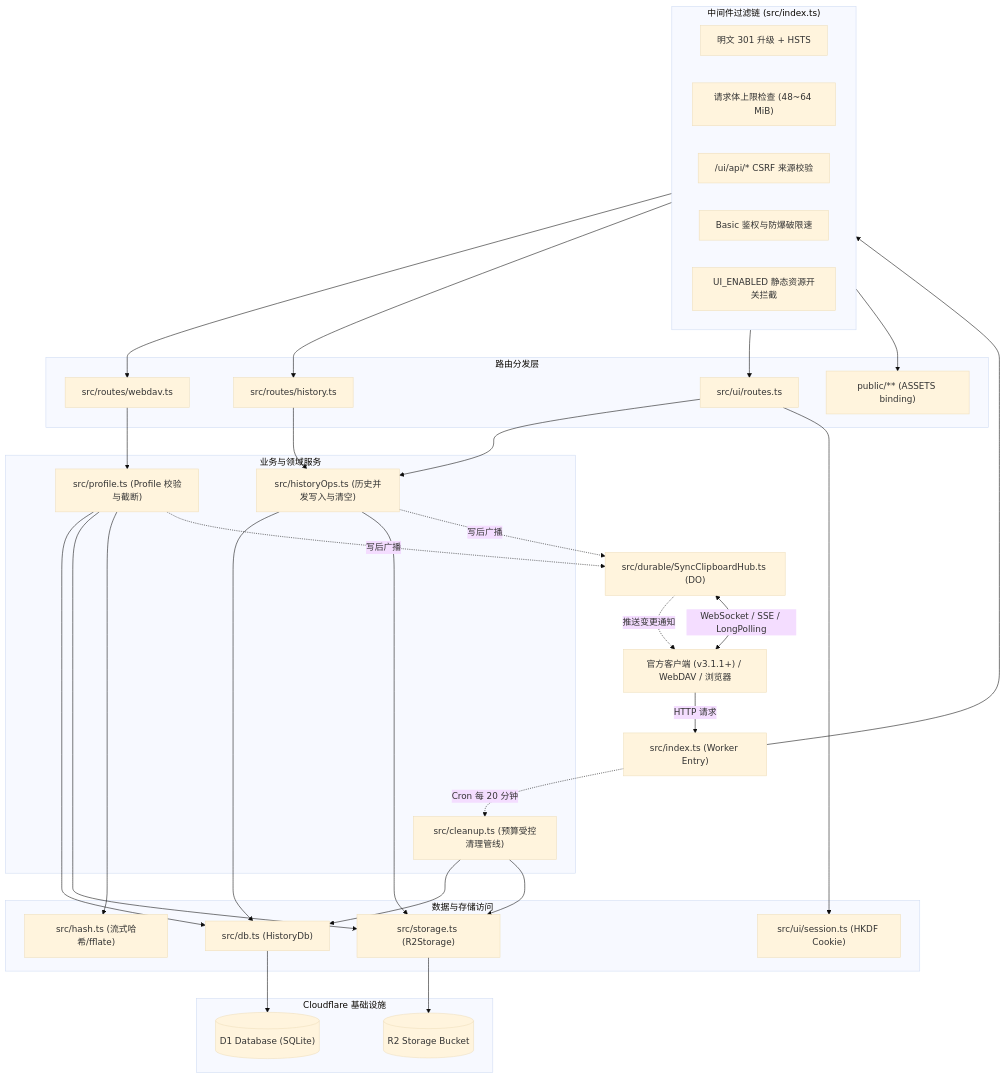
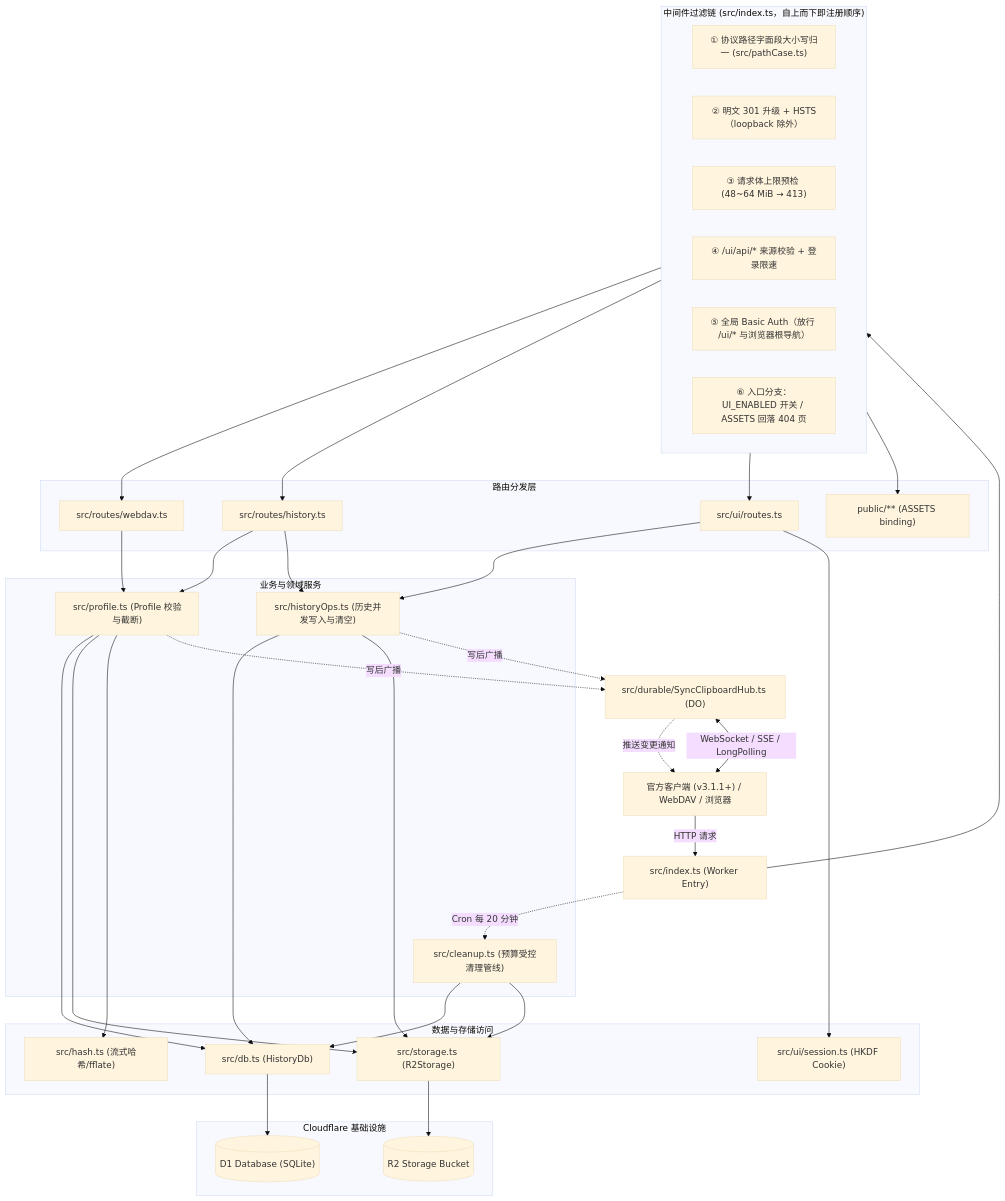
Before and after one commit to Leexunhuan743/SyncClipboardCfServer: the first of 4 diagrams in docs/project-analysis.md, drawn with Mermaid (base theme). The commit also changed other lines of this file and 3 other files, not shown here.

First line of the commit message:
docs: README 手机竖版截图（480×1040）+ project-analysis 事实订正 21 处（含 § 改号）

````diff
--- a/docs/project-analysis.md
+++ b/docs/project-analysis.md
@@ -44,66 +48,68 @@
 ```mermaid
 flowchart TD
     Client["官方客户端 (v3.1.1+) / WebDAV / 浏览器"] -->|HTTP 请求| Entry["src/index.ts (Worker Entry)"]
     Client <-->|WebSocket / SSE / LongPolling| HubDO["src/durable/SyncClipboardHub.ts (DO)"]
 
-    subgraph MiddlewareChain["中间件过滤链 (src/index.ts)"]
-        HSTS["明文 301 升级 + HSTS"]
-        BodyLimit["请求体上限检查 (48~64 MiB)"]
-        OriginCheck["/ui/api/* CSRF 来源校验"]
-        RateLimitMW["Basic 鉴权与防爆破限速"]
-        AssetSwitch["UI_ENABLED 静态资源开关拦截"]
+    subgraph MiddlewareChain["中间件过滤链 (src/index.ts，自上而下即注册顺序)"]
+        PathNorm["① 协议路径字面段大小写归一 (src/pathCase.ts)"]
+        HSTS["② 明文 301 升级 + HSTS（loopback 除外）"]
+        BodyLimit["③ 请求体上限预检 (48~64 MiB → 413)"]
+        OriginCheck["④ /ui/api/* 来源校验 + 登录限速"]
+        BasicAuth["⑤ 全局 Basic Auth（放行 /ui/* 与浏览器根导航）"]
+        AssetSwitch["⑥ 入口分支：UI_ENABLED 开关 / ASSETS 回落 404 页"]
     end
 
     Entry --> MiddlewareChain
 
     subgraph Handlers["路由分发层"]
         WebDAV["src/routes/webdav.ts"]
         HistoryAPI["src/routes/history.ts"]
         UIAPI["src/ui/routes.ts"]
         StaticAssets["public/** (ASSETS binding)"]
     end
 
     MiddlewareChain --> WebDAV
     MiddlewareChain --> HistoryAPI
     MiddlewareChain --> UIAPI
     MiddlewareChain --> StaticAssets
 
     subgraph ServiceLayer["业务与领域服务"]
         ProfileSvc["src/profile.ts (Profile 校验与截断)"]
         HistoryOps["src/historyOps.ts (历史并发写入与清空)"]
         CleanupSvc["src/cleanup.ts (预算受控清理管线)"]
     end
 
     WebDAV --> ProfileSvc
+    HistoryAPI --> ProfileSvc
     HistoryAPI --> HistoryOps
     UIAPI --> HistoryOps
     Entry -.Cron 每 20 分钟.-> CleanupSvc
 
     subgraph InfraLayer["数据与存储访问"]
         DB["src/db.ts (HistoryDb)"]
         Storage["src/storage.ts (R2Storage)"]
         Hash["src/hash.ts (流式哈希/fflate)"]
         Session["src/ui/session.ts (HKDF Cookie)"]
     end
 
     ProfileSvc --> DB
     ProfileSvc --> Storage
     ProfileSvc --> Hash
     HistoryOps --> DB
     HistoryOps --> Storage
     UIAPI --> Session
     CleanupSvc --> DB
     CleanupSvc --> Storage
 
     ProfileSvc -.写后广播.-> HubDO
     HistoryOps -.写后广播.-> HubDO
     HubDO -.推送变更通知.-> Client
 
     subgraph CloudflareCloud["Cloudflare 基础设施"]
         D1[("D1 Database (SQLite)")]
         R2[("R2 Storage Bucket")]
     end
 
     DB --> D1
     Storage --> R2
 ```
````
